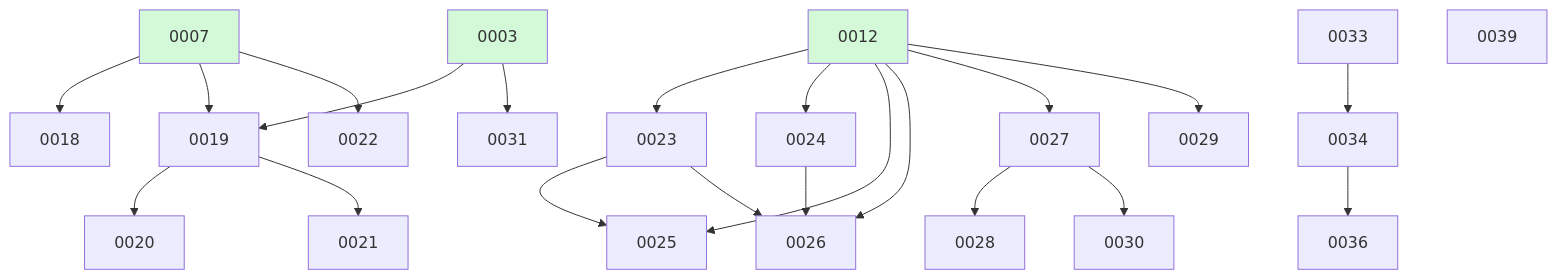
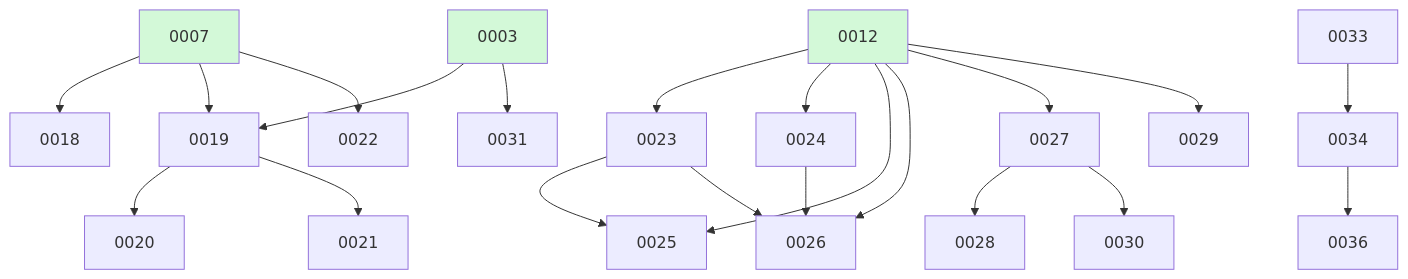
Before and after one commit to ethanhinson/fuse: the diagram in docs/changes/BOARD.md, drawn with Mermaid. The commit also changed other lines of this file, not shown here.

````diff
--- a/docs/changes/BOARD.md
+++ b/docs/changes/BOARD.md
@@ -33,29 +27,28 @@
 ```mermaid
 graph TD
   0007 --> 0018
   0003 --> 0019
   0007 --> 0019
   0019 --> 0020
   0019 --> 0021
   0007 --> 0022
   0012 --> 0023
   0012 --> 0024
   0012 --> 0025
   0023 --> 0025
   0012 --> 0026
   0023 --> 0026
   0024 --> 0026
   0012 --> 0027
   0027 --> 0028
   0012 --> 0029
   0027 --> 0030
   0003 --> 0031
   0033
   0033 --> 0034
   0034 --> 0036
-  0039
   0003:::done
   0007:::done
   0012:::done
   classDef done fill:#d3f9d8;
 ```
````
